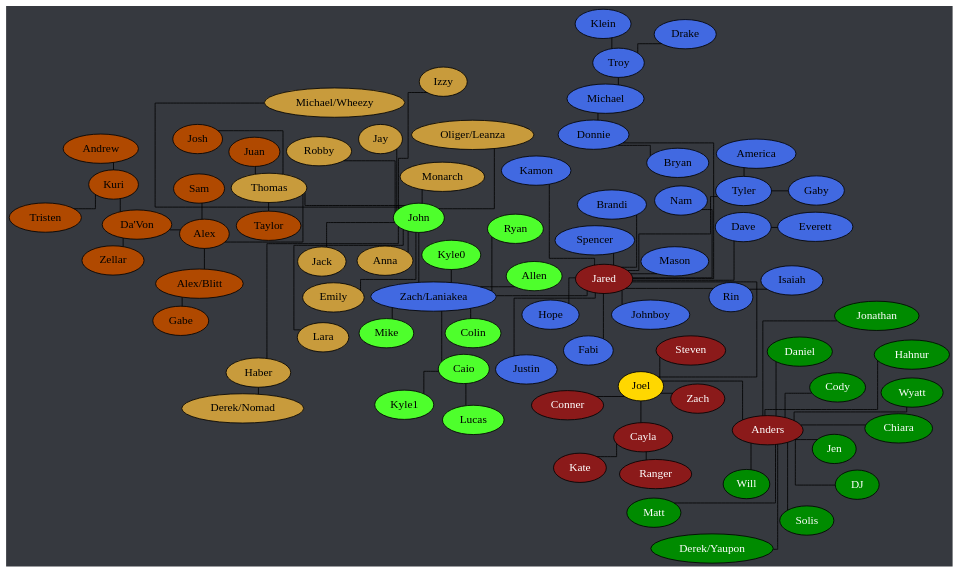
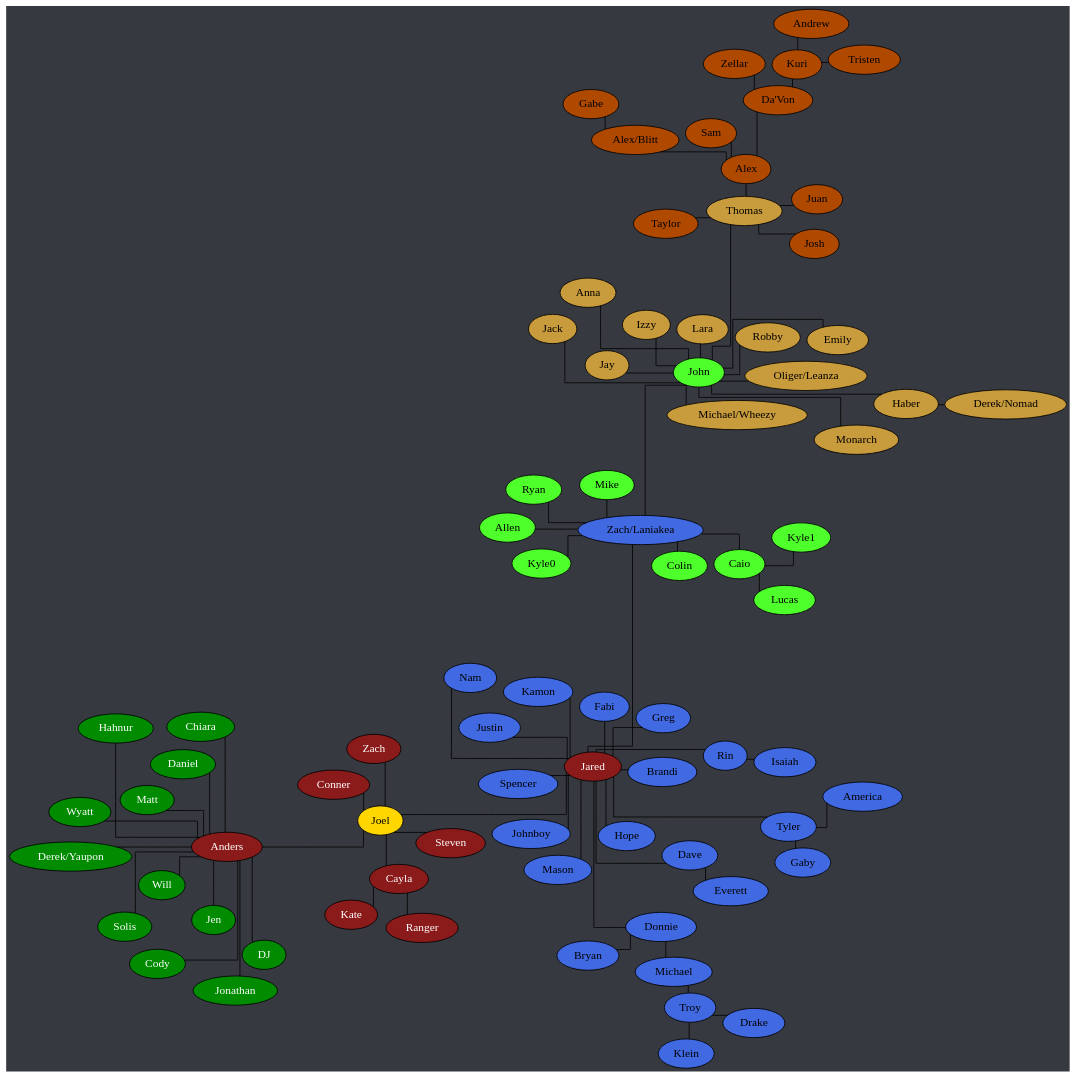
The diagram in tree.dot (Documidas/CoronaCatzFamilyTree), drawn with Graphviz before and after one commit. The commit also changed 1 other file, not shown here.

Commit message:
Add Greg to Jared's tree

```diff
--- a/tree.dot
+++ b/tree.dot
@@ -1,126 +1,127 @@
 strict graph {
 	// Layout Configuration
 	layout = neato;
 	epsilon = 0.01;
 	mode = KK;
 	model = subset;
 	overlap = false;
 	splines = ortho;
 
 	// Visual Configuration
 	graph [truecolor=true bgcolor="#36393f"]
 	node [style=filled fillcolor="gray" fontcolor="black"]
 
 	subgraph "Joel" {
 		node [style=filled fillcolor="firebrick4" fontcolor="white"];
 		Joel [style=filled fillcolor="gold" fontcolor="black"];
 
 		Anders -- Joel;
 		Cayla -- Joel
 		Cayla -- Kate;
 		Cayla -- Ranger;
 		Joel -- Conner;
 		Joel -- Jared;
 		Joel -- Steven;
 		Joel -- Zach;
 	}
 
 	subgraph "Anders" {
 		node [style=filled fillcolor="green4" fontcolor="white"];
 
 		Anders -- Chiara
 		Anders -- Cody;
 		Anders -- Daniel;
 		Anders -- "Derek/Yaupon";
 		Anders -- DJ;
 		Anders -- Hahnur;
 		Anders -- Jen;
 		Anders -- Jonathan;
 		Anders -- Matt;
 		Anders -- Solis;
 		Anders -- Will;
 		Anders -- Wyatt;
 	}
 
 	subgraph "Jared" {
 		node [style=filled fillcolor="royalblue" fontcolor="black"]
 
 		Dave -- Everett;
 		Donnie -- Bryan;
 		Donnie -- Michael;
 		Jared -- Brandi;
 		Jared -- Dave;
 		Jared -- Donnie;
 		Jared -- Fabi;
+		Jared -- Greg;
 		Jared -- Hope;
 		Jared -- Johnboy;
 		Jared -- Justin;
 		Jared -- Kamon;
 		Jared -- Mason;
 		Jared -- Nam;
 		Jared -- Rin;
 		Jared -- Spencer;
 		Jared -- Tyler;
 		Jared -- "Zach/Laniakea";
 		Michael -- Troy;
 		Rin -- Isaiah;
 		Tyler -- America;
 		Tyler -- Gaby;
 		Troy -- Drake;
 		Troy -- Klein;
 	}
 
 	subgraph "Zach/Laniakea" {
 		node [style=filled fillcolor="#4eff2c" fontcolor="black"]
 
 		Caio -- Kyle1;
 		Caio -- Lucas;
 		"Zach/Laniakea" -- Allen;
 		"Zach/Laniakea" -- Caio;
 		"Zach/Laniakea" -- Colin;
 		"Zach/Laniakea" -- John [ len = 10 ];
 		"Zach/Laniakea" -- Kyle0;
 		"Zach/Laniakea" -- Mike;
 		"Zach/Laniakea" -- Ryan;
 	}
 
 	subgraph "John" {
 		node [style=filled fillcolor="#c89b3c" fontcolor="black"]
 
 		Haber -- "Derek/Nomad";
 		John -- Anna;
 		John -- Emily;
 		John -- Haber;
 		John -- Jay;
 		John -- Jack;
 		John -- Lara;
 		John -- Monarch;
 		John -- "Oliger/Leanza";
 		John -- Thomas;
 	}
 
 	subgraph "John-stream" {
 		// node [style=filled fillcolor="#9147ff" fontcolor="black"]
 		node [style=filled fillcolor="#c89b3c" fontcolor="black"]
 
 		John -- Izzy;
 		John -- "Michael/Wheezy";
 		John -- Robby;
 	}
 
 	subgraph "Thomas" {
 		node [style=filled fillcolor="#b04900" fontcolor="black"]
 		Alex -- "Da'Von";
 		Alex -- "Alex/Blitt";
 		Alex -- Sam;
 		"Alex/Blitt" -- Gabe;
 		"Da'Von" -- Kuri;
 		"Da'Von" -- Zellar;
 		Kuri -- Andrew;
 		Kuri -- Tristen;
 		Thomas -- Alex;
 		Thomas -- Josh;
 		Thomas -- Juan;
 		Thomas -- Taylor;
 	}
 }
```
